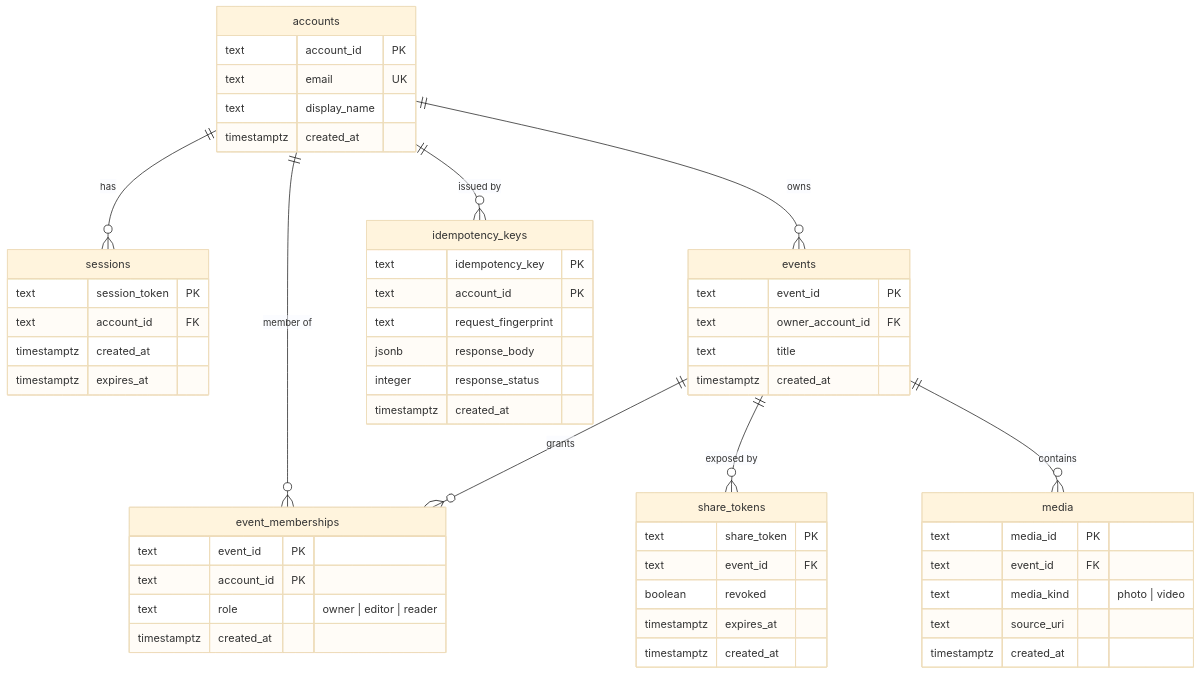
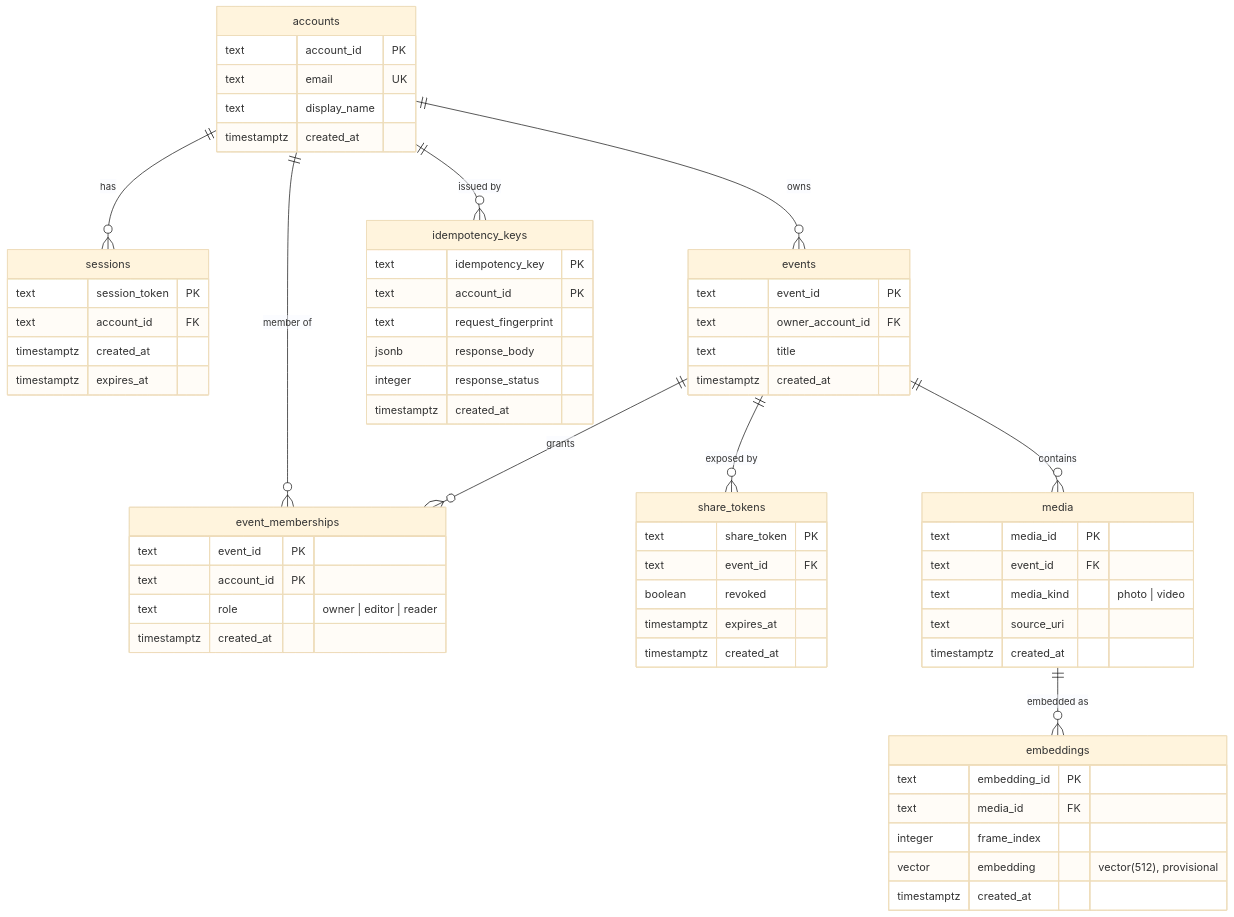
One commit to Siddharthgolecha/Visloom changed the seventh of 7 diagrams in docs/architecture/overview.md. Above: the diagram before and after it, drawn with Mermaid (base theme). The commit also changed other lines of this file and 14 other files, not shown here.

````diff
--- a/docs/architecture/overview.md
+++ b/docs/architecture/overview.md
@@ -227,57 +228,65 @@
 ```mermaid
 erDiagram
     accounts ||--o{ sessions : "has"
     accounts ||--o{ events : "owns"
     accounts ||--o{ event_memberships : "member of"
     events ||--o{ event_memberships : "grants"
     events ||--o{ share_tokens : "exposed by"
     events ||--o{ media : "contains"
     accounts ||--o{ idempotency_keys : "issued by"
+    media ||--o{ embeddings : "embedded as"
 
     accounts {
         text account_id PK
         text email UK
         text display_name
         timestamptz created_at
     }
     sessions {
         text session_token PK
         text account_id FK
         timestamptz created_at
         timestamptz expires_at
     }
     events {
         text event_id PK
         text owner_account_id FK
         text title
         timestamptz created_at
     }
     event_memberships {
         text event_id PK
         text account_id PK
         text role "owner | editor | reader"
         timestamptz created_at
     }
     share_tokens {
         text share_token PK
         text event_id FK
         boolean revoked
         timestamptz expires_at
         timestamptz created_at
     }
     media {
         text media_id PK
         text event_id FK
         text media_kind "photo | video"
         text source_uri
         timestamptz created_at
     }
     idempotency_keys {
         text idempotency_key PK
         text account_id PK
         text request_fingerprint
         jsonb response_body
         integer response_status
         timestamptz created_at
     }
+    embeddings {
+        text embedding_id PK
+        text media_id FK
+        integer frame_index
+        vector embedding "vector(512), provisional"
+        timestamptz created_at
+    }
 ```
````
